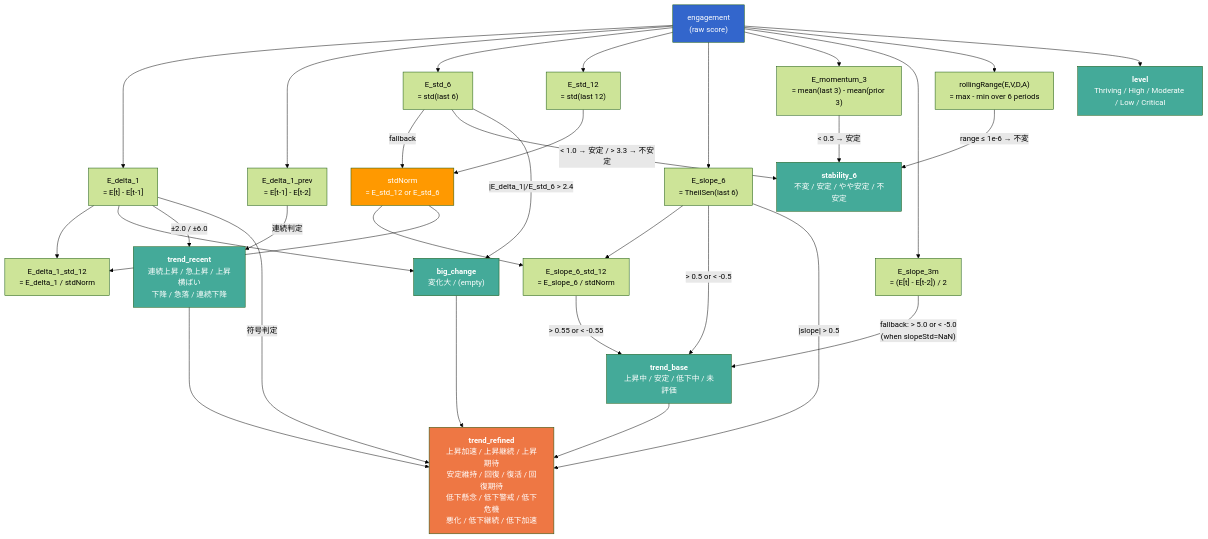
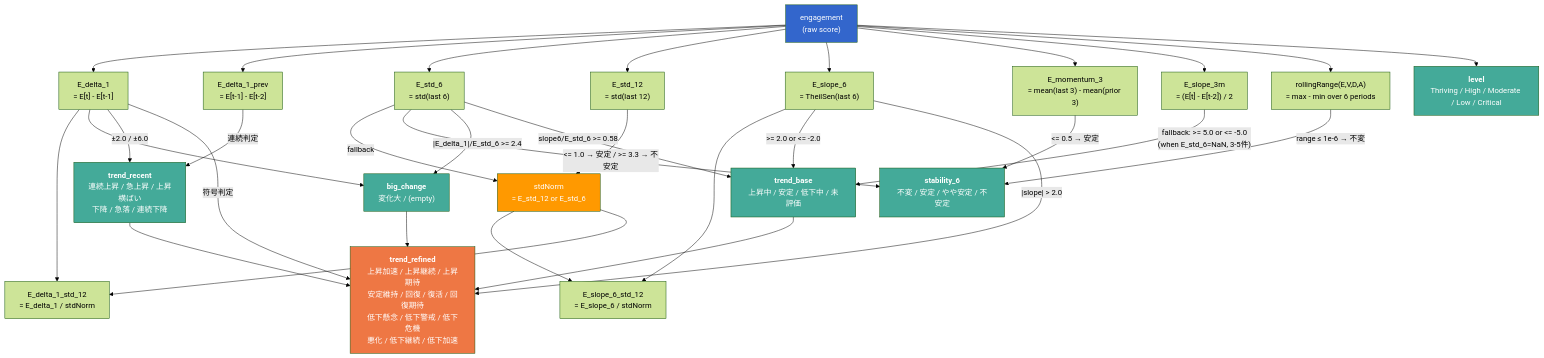
One commit to rdpishibashi/WorkEngagementSystem changed the diagram in Report/docs/evaluate_reference.md. Above: the diagram before and after it, drawn with Mermaid (forest theme). The commit also changed other lines of this file and 20 other files, not shown here.

```diff
--- a/Report/docs/evaluate_reference.md
+++ b/Report/docs/evaluate_reference.md
@@ -181,17 +190,17 @@
 
     %% Indexes → stability_6
     rollingRange -->|"range ≤ 1e-6 → 不変"| stability_6
-    E_std_6 -->|"< 1.0 → 安定 / > 3.3 → 不安定"| stability_6
-    E_momentum_3 -->|"< 0.5 → 安定"| stability_6
+    E_std_6 -->|"<= 1.0 → 安定 / >= 3.3 → 不安定"| stability_6
+    E_momentum_3 -->|"<= 0.5 → 安定"| stability_6
 
     %% Indexes → big_change
     E_delta_1 --> big_change
-    E_std_6 -->|"|E_delta_1|/E_std_6 > 2.4"| big_change
+    E_std_6 -->|"|E_delta_1|/E_std_6 >= 2.4"| big_change
 
     %% Indexes → trend_base
-    E_slope_6 -->|"> 0.5 or < -0.5"| trend_base
-    E_slope_6_std_12 -->|"> 0.55 or < -0.55"| trend_base
-    E_slope_3m -->|"fallback: > 5.0 or < -5.0<br/>(when slopeStd=NaN)"| trend_base
+    E_slope_6 -->|">= 2.0 or <= -2.0"| trend_base
+    E_std_6 -->|"slope6/E_std_6 >= 0.58"| trend_base
+    E_slope_3m -->|"fallback: >= 5.0 or <= -5.0<br/>(when E_std_6=NaN, 3-5件)"| trend_base
 
     %% Indexes → trend_recent
     E_delta_1 -->|"±2.0 / ±6.0"| trend_recent
@@ -201,7 +210,7 @@
     trend_base --> trend_refined
     trend_recent --> trend_refined
     big_change --> trend_refined
-    E_slope_6 -->|"|slope| > 0.5"| trend_refined
+    E_slope_6 -->|"|slope| > 2.0"| trend_refined
     E_delta_1 -->|"符号判定"| trend_refined
 
     %% Styling
```
